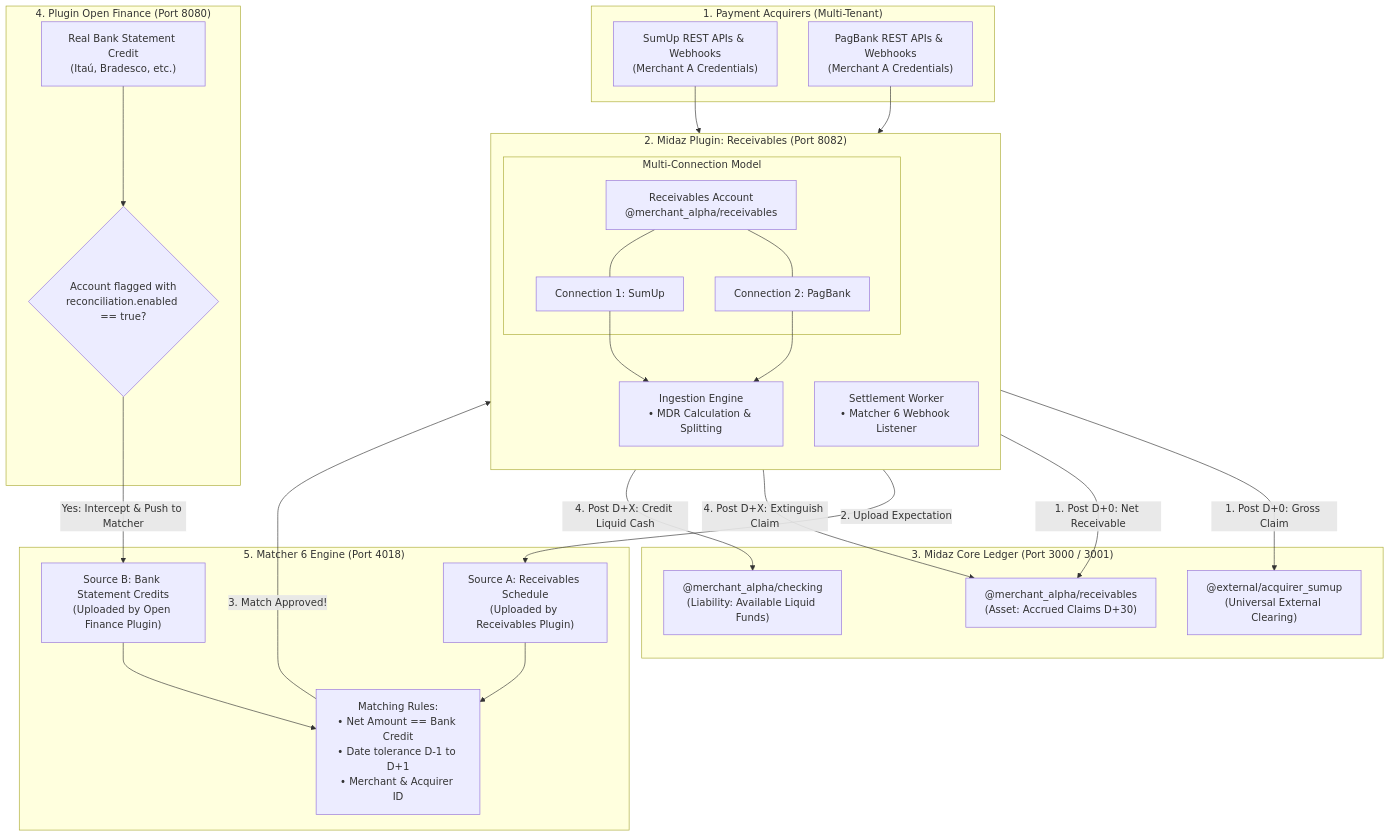
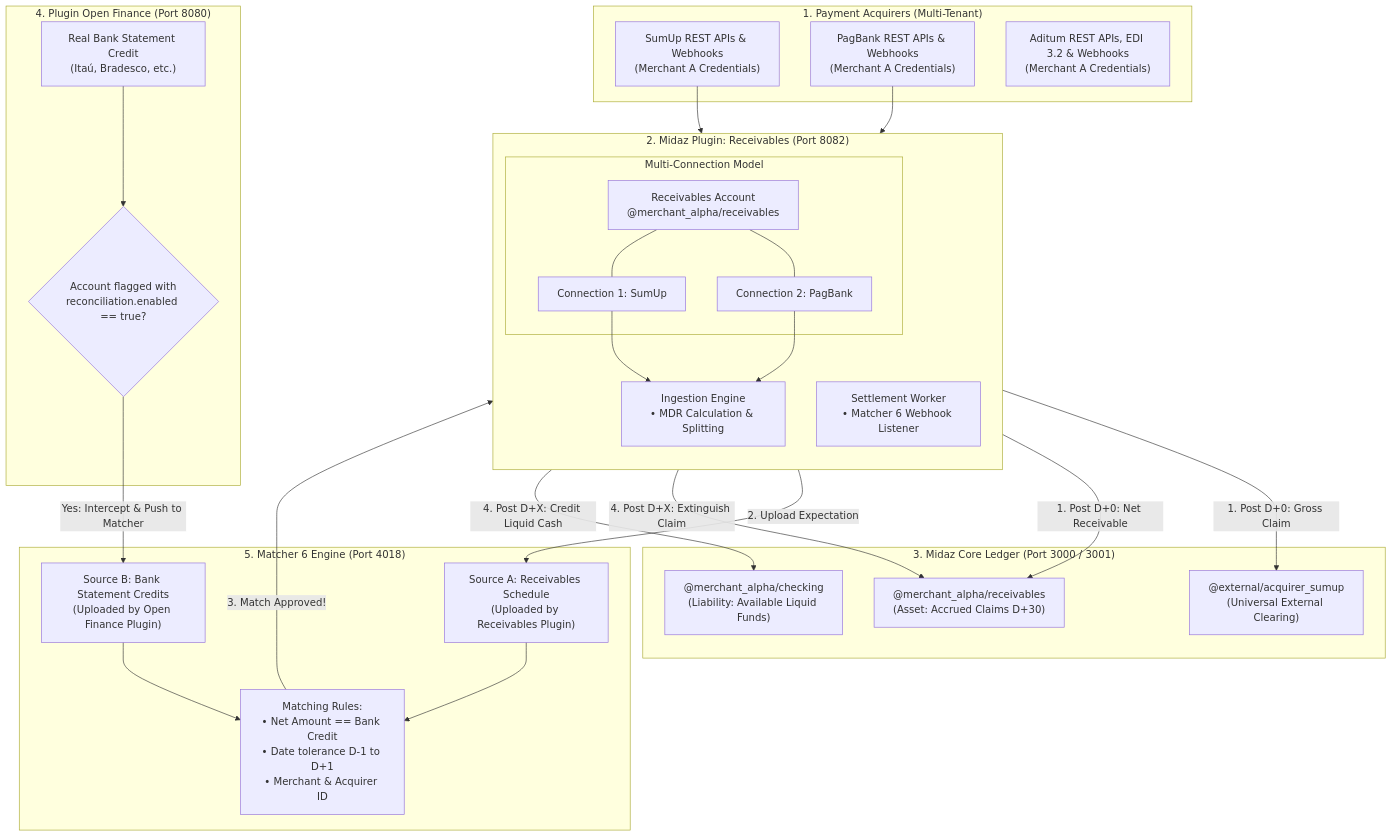
The diagram in README.md (adryanalencar/midaz-receivables-plugin), drawn with Mermaid before and after one commit. The commit also changed other lines of this file and 15 other files, not shown here.

Commit message:
feat(aditum): integrate Aditum acquirer adapter with charge ingestion and EDI 3.2 settlement parser

````diff
--- a/README.md
+++ b/README.md
@@ -28,60 +28,61 @@
 ```mermaid
 flowchart TD
     subgraph Acquirers["1. Payment Acquirers (Multi-Tenant)"]
         SU["SumUp REST APIs & Webhooks<br/>(Merchant A Credentials)"]
         PB["PagBank REST APIs & Webhooks<br/>(Merchant A Credentials)"]
+        AD["Aditum REST APIs, EDI 3.2 & Webhooks<br/>(Merchant A Credentials)"]
     end
 
     subgraph ReceivablesPlugin["2. Midaz Plugin: Receivables (Port 8082)"]
         direction TB
         subgraph AccountModel["Multi-Connection Model"]
             RecAcc["Receivables Account<br/>@merchant_alpha/receivables"]
             Conn1["Connection 1: SumUp"]
             Conn2["Connection 2: PagBank"]
             RecAcc --- Conn1
             RecAcc --- Conn2
         end
         IngestEngine["Ingestion Engine<br/>• MDR Calculation & Splitting"]
         SettleWorker["Settlement Worker<br/>• Matcher 6 Webhook Listener"]
     end
 
     subgraph MidazPlatform["3. Midaz Core Ledger (Port 3000 / 3001)"]
         Clearance["@external/acquirer_sumup<br/>(Universal External Clearing)"]
         AgendaAcc["@merchant_alpha/receivables<br/>(Asset: Accrued Claims D+30)"]
         LiquidAcc["@merchant_alpha/checking<br/>(Liability: Available Liquid Funds)"]
     end
 
     subgraph OFFlow["4. Plugin Open Finance (Port 8080)"]
         BankExtract["Real Bank Statement Credit<br/>(Itaú, Bradesco, etc.)"]
         ReconcileFlag{"Account flagged with<br/>reconciliation.enabled == true?"}
     end
 
     subgraph MatcherPlatform["5. Matcher 6 Engine (Port 4018)"]
         SourceA["Source A: Receivables Schedule<br/>(Uploaded by Receivables Plugin)"]
         SourceB["Source B: Bank Statement Credits<br/>(Uploaded by Open Finance Plugin)"]
         MatchRules["Matching Rules:<br/>• Net Amount == Bank Credit<br/>• Date tolerance D-1 to D+1<br/>• Merchant & Acquirer ID"]
         SourceA --> MatchRules
         SourceB --> MatchRules
     end
 
     SU --> Conn1
     PB --> Conn2
     Conn1 --> IngestEngine
     Conn2 --> IngestEngine
 
     %% D+0 Flow
     IngestEngine -->|1. Post D+0: Gross Claim| Clearance
     IngestEngine -->|1. Post D+0: Net Receivable| AgendaAcc
     IngestEngine -->|2. Upload Expectation| SourceA
 
     %% Bank Flow
     BankExtract --> ReconcileFlag
     ReconcileFlag -->|Yes: Intercept & Push to Matcher| SourceB
 
     %% Matcher Execution
     MatchRules -->|3. Match Approved!| SettleWorker
 
     %% Settlement Flow
     SettleWorker -->|4. Post D+X: Extinguish Claim| AgendaAcc
     SettleWorker -->|4. Post D+X: Credit Liquid Cash| LiquidAcc
 ```
````
